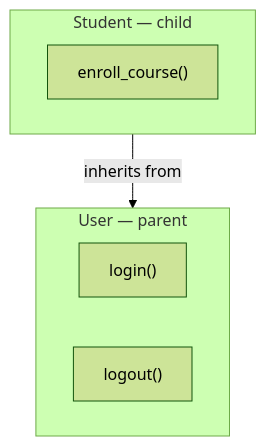
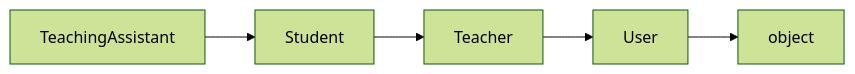
Before and after one commit to VishnuKumpati/Python-foundations: the ninth of 9 diagrams in modules/p4-classes-objects/unit-4-3-inheritance.md, drawn with Mermaid (forest theme). The commit also changed other lines of this file, not shown here.

````diff
--- a/modules/p4-classes-objects/unit-4-3-inheritance.md
+++ b/modules/p4-classes-objects/unit-4-3-inheritance.md
@@ -331,14 +682,4 @@
 ```mermaid
-flowchart TD
-
-subgraph P["User — parent"]
-    L["login()"]
-    LO["logout()"]
-end
-
-subgraph C["Student — child"]
-    E["enroll_course()"]
-end
-
-C -->|inherits from| P
+flowchart LR
+A["TeachingAssistant"] --> B["Student"] --> C["Teacher"] --> D["User"] --> E["object"]
 ```
````
